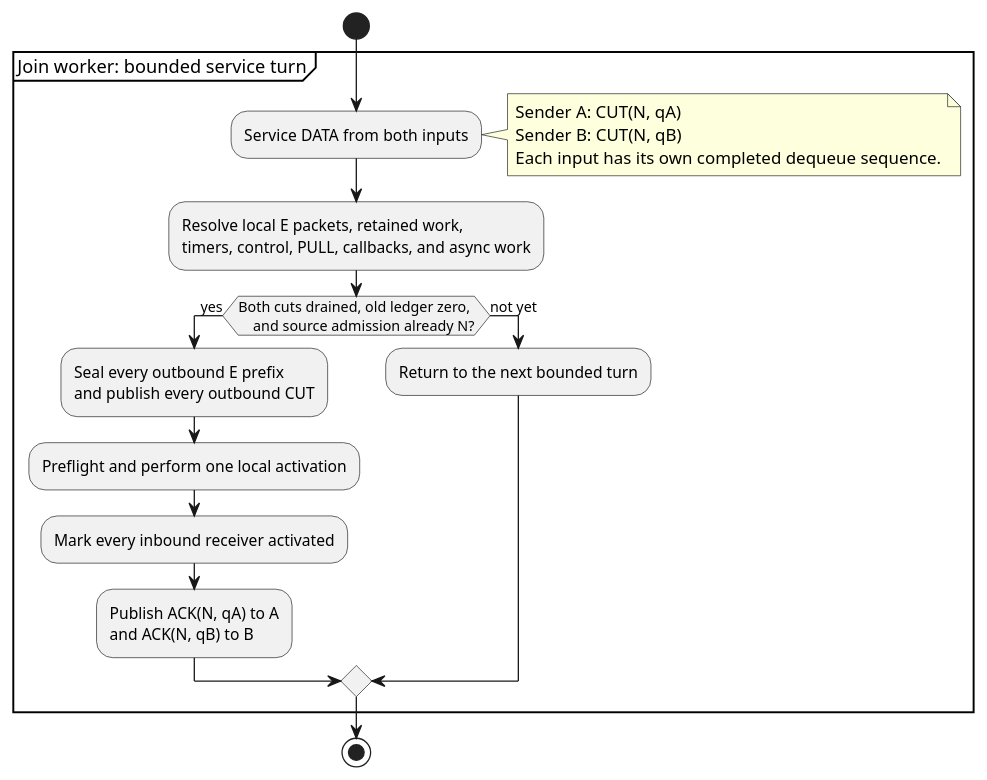
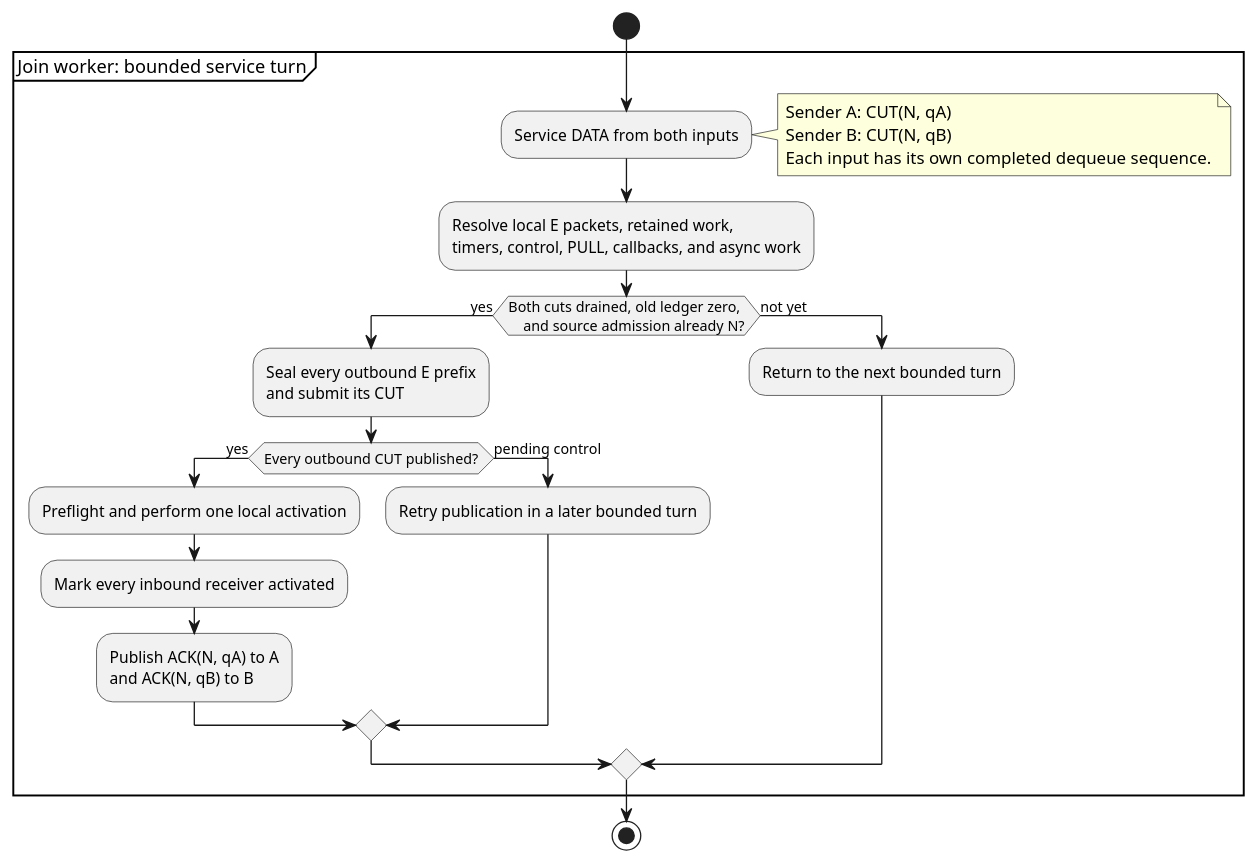
One commit to flemingpatel/kinetum changed the third of 8 diagrams in docs/diagrams/ordered_cut_boundary_protocol.md. Above: the diagram before and after it, drawn with PlantUML. The commit also changed other lines of this file and 17 other files, not shown here.

````diff
--- a/docs/diagrams/ordered_cut_boundary_protocol.md
+++ b/docs/diagrams/ordered_cut_boundary_protocol.md
@@ -219,27 +222,31 @@
 ```{uml}
 @startuml
 start
 partition "Join worker: bounded service turn" {
     :Service DATA from both inputs;
     note right
       Sender A: CUT(N, qA)
       Sender B: CUT(N, qB)
       Each input has its own completed dequeue sequence.
     end note
     :Resolve local E packets, retained work,
     timers, control, PULL, callbacks, and async work;
     if (Both cuts drained, old ledger zero,
     and source admission already N?) then (yes)
         :Seal every outbound E prefix
-        and publish every outbound CUT;
-        :Preflight and perform one local activation;
-        :Mark every inbound receiver activated;
-        :Publish ACK(N, qA) to A
-        and ACK(N, qB) to B;
+        and submit its CUT;
+        if (Every outbound CUT published?) then (yes)
+            :Preflight and perform one local activation;
+            :Mark every inbound receiver activated;
+            :Publish ACK(N, qA) to A
+            and ACK(N, qB) to B;
+        else (pending control)
+            :Retry publication in a later bounded turn;
+        endif
     else (not yet)
         :Return to the next bounded turn;
     endif
 }
 stop
 @enduml
 ```
````
